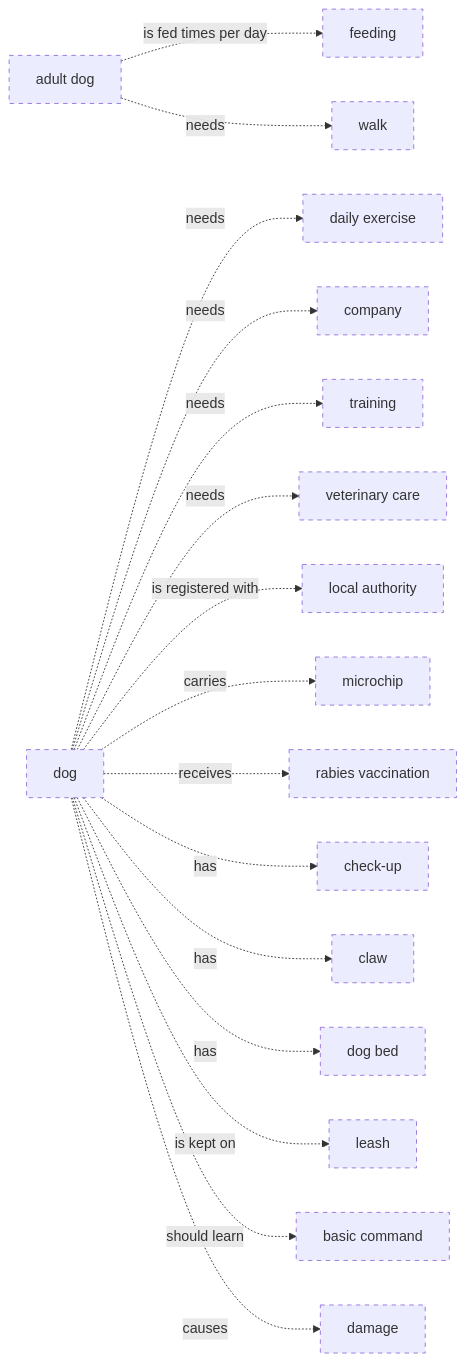
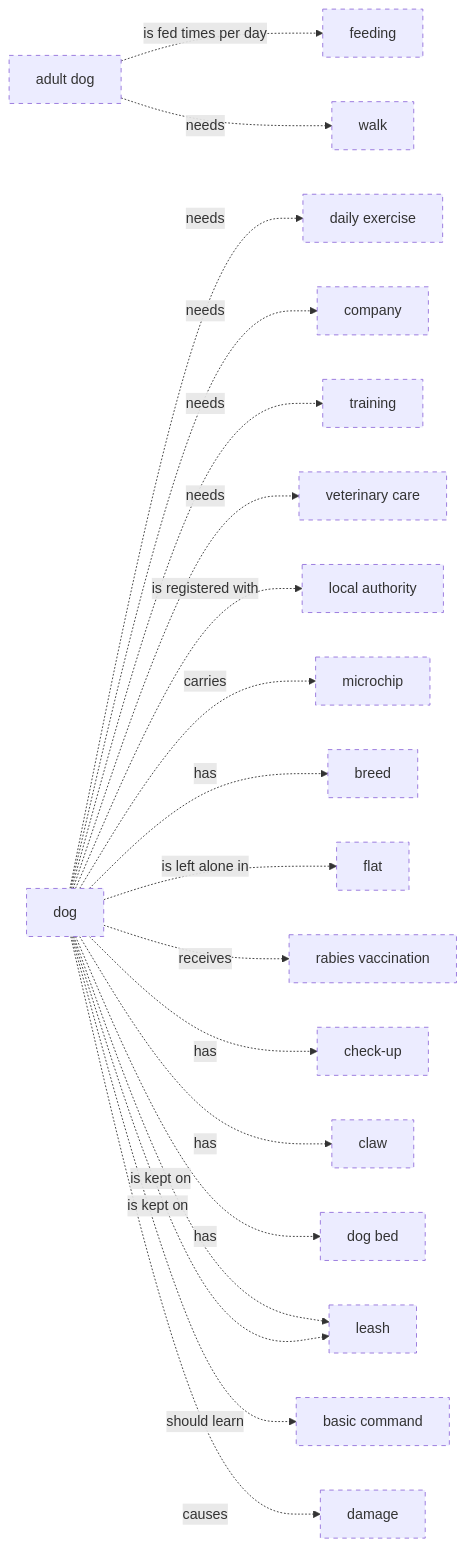
One commit to belaboros/DomainAiAssistant changed diagram 23 of 58 in data/ontology-pets-and-house-rules/03_release/00_raw/level-2.md. Above: the diagram before and after it, drawn with Mermaid. The commit also changed other lines of this file and 327 other files, not shown here.

````diff
--- a/data/ontology-pets-and-house-rules/03_release/00_raw/level-2.md
+++ b/data/ontology-pets-and-house-rules/03_release/00_raw/level-2.md
@@ -322,37 +438,42 @@
 ```mermaid
 flowchart LR
     classDef draft stroke-dasharray: 5 5
     cn_01M82ADJQKNCFSCKCDMA3H0R86["adult dog"]
     cn_01M82AJ8HWH90DHFSC2JB20DFW["basic command"]
+    cn_01M82ACZDNRYXG7FZCA8KC7FCX["breed"]
     cn_01M82AE56ZYS5Y2Z0C35ECC9YC["check-up"]
     cn_01M82AEQW4JVCNX0WEDNNR61W4["claw"]
     cn_01M82AC66KMJH32E2MQ3Z7ZBKP["company"]
     cn_01M82AC66KMJH32E2MQ3Z7ZBKN["daily exercise"]
     cn_01M82AM9P6EWS5D1VJCAH8Z7VF["damage"]
     cn_01M82AC66KMJH32E2MQ3Z7ZBKM["dog"]
     cn_01M82AEQW4JVCNX0WEDNNR61W5["dog bed"]
     cn_01M82ADJQKNCFSCKCDMA3H0R88["feeding"]
+    cn_01M82ACZDNRYXG7FZCA8KC7FD5["flat"]
     cn_01M82AFTZDSHCD0SK6T4N2YZW6["leash"]
     cn_01M82AC66KMJH32E2MQ3Z7ZBKS["local authority"]
     cn_01M82AC66KMJH32E2MQ3Z7ZBKT["microchip"]
     cn_01M82AE56ZYS5Y2Z0C35ECC9YA["rabies vaccination"]
     cn_01M82AC66KMJH32E2MQ3Z7ZBKQ["training"]
     cn_01M82AC66KMJH32E2MQ3Z7ZBKR["veterinary care"]
     cn_01M82AFTZDSHCD0SK6T4N2YZWA["walk"]
     cn_01M82AC66KMJH32E2MQ3Z7ZBKM -. "needs" .-> cn_01M82AC66KMJH32E2MQ3Z7ZBKN
     cn_01M82AC66KMJH32E2MQ3Z7ZBKM -. "needs" .-> cn_01M82AC66KMJH32E2MQ3Z7ZBKP
     cn_01M82AC66KMJH32E2MQ3Z7ZBKM -. "needs" .-> cn_01M82AC66KMJH32E2MQ3Z7ZBKQ
     cn_01M82AC66KMJH32E2MQ3Z7ZBKM -. "needs" .-> cn_01M82AC66KMJH32E2MQ3Z7ZBKR
     cn_01M82AC66KMJH32E2MQ3Z7ZBKM -. "is registered with" .-> cn_01M82AC66KMJH32E2MQ3Z7ZBKS
     cn_01M82AC66KMJH32E2MQ3Z7ZBKM -. "carries" .-> cn_01M82AC66KMJH32E2MQ3Z7ZBKT
+    cn_01M82AC66KMJH32E2MQ3Z7ZBKM -. "has" .-> cn_01M82ACZDNRYXG7FZCA8KC7FCX
+    cn_01M82AC66KMJH32E2MQ3Z7ZBKM -. "is left alone in" .-> cn_01M82ACZDNRYXG7FZCA8KC7FD5
     cn_01M82AC66KMJH32E2MQ3Z7ZBKM -. "receives" .-> cn_01M82AE56ZYS5Y2Z0C35ECC9YA
     cn_01M82AC66KMJH32E2MQ3Z7ZBKM -. "has" .-> cn_01M82AE56ZYS5Y2Z0C35ECC9YC
     cn_01M82AC66KMJH32E2MQ3Z7ZBKM -. "has" .-> cn_01M82AEQW4JVCNX0WEDNNR61W4
     cn_01M82AC66KMJH32E2MQ3Z7ZBKM -. "has" .-> cn_01M82AEQW4JVCNX0WEDNNR61W5
     cn_01M82AC66KMJH32E2MQ3Z7ZBKM -. "is kept on" .-> cn_01M82AFTZDSHCD0SK6T4N2YZW6
+    cn_01M82AC66KMJH32E2MQ3Z7ZBKM -. "is kept on" .-> cn_01M82AFTZDSHCD0SK6T4N2YZW6
     cn_01M82AC66KMJH32E2MQ3Z7ZBKM -. "should learn" .-> cn_01M82AJ8HWH90DHFSC2JB20DFW
     cn_01M82AC66KMJH32E2MQ3Z7ZBKM -. "causes" .-> cn_01M82AM9P6EWS5D1VJCAH8Z7VF
     cn_01M82ADJQKNCFSCKCDMA3H0R86 -. "is fed times per day" .-> cn_01M82ADJQKNCFSCKCDMA3H0R88
     cn_01M82ADJQKNCFSCKCDMA3H0R86 -. "needs" .-> cn_01M82AFTZDSHCD0SK6T4N2YZWA
-    class cn_01M82ADJQKNCFSCKCDMA3H0R86,cn_01M82AJ8HWH90DHFSC2JB20DFW,cn_01M82AE56ZYS5Y2Z0C35ECC9YC,cn_01M82AEQW4JVCNX0WEDNNR61W4,cn_01M82AC66KMJH32E2MQ3Z7ZBKP,cn_01M82AC66KMJH32E2MQ3Z7ZBKN,cn_01M82AM9P6EWS5D1VJCAH8Z7VF,cn_01M82AC66KMJH32E2MQ3Z7ZBKM,cn_01M82AEQW4JVCNX0WEDNNR61W5,cn_01M82ADJQKNCFSCKCDMA3H0R88,cn_01M82AFTZDSHCD0SK6T4N2YZW6,cn_01M82AC66KMJH32E2MQ3Z7ZBKS,cn_01M82AC66KMJH32E2MQ3Z7ZBKT,cn_01M82AE56ZYS5Y2Z0C35ECC9YA,cn_01M82AC66KMJH32E2MQ3Z7ZBKQ,cn_01M82AC66KMJH32E2MQ3Z7ZBKR,cn_01M82AFTZDSHCD0SK6T4N2YZWA draft
+    class cn_01M82ADJQKNCFSCKCDMA3H0R86,cn_01M82AJ8HWH90DHFSC2JB20DFW,cn_01M82ACZDNRYXG7FZCA8KC7FCX,cn_01M82AE56ZYS5Y2Z0C35ECC9YC,cn_01M82AEQW4JVCNX0WEDNNR61W4,cn_01M82AC66KMJH32E2MQ3Z7ZBKP,cn_01M82AC66KMJH32E2MQ3Z7ZBKN,cn_01M82AM9P6EWS5D1VJCAH8Z7VF,cn_01M82AC66KMJH32E2MQ3Z7ZBKM,cn_01M82AEQW4JVCNX0WEDNNR61W5,cn_01M82ADJQKNCFSCKCDMA3H0R88,cn_01M82ACZDNRYXG7FZCA8KC7FD5,cn_01M82AFTZDSHCD0SK6T4N2YZW6,cn_01M82AC66KMJH32E2MQ3Z7ZBKS,cn_01M82AC66KMJH32E2MQ3Z7ZBKT,cn_01M82AE56ZYS5Y2Z0C35ECC9YA,cn_01M82AC66KMJH32E2MQ3Z7ZBKQ,cn_01M82AC66KMJH32E2MQ3Z7ZBKR,cn_01M82AFTZDSHCD0SK6T4N2YZWA draft
 ```
````
